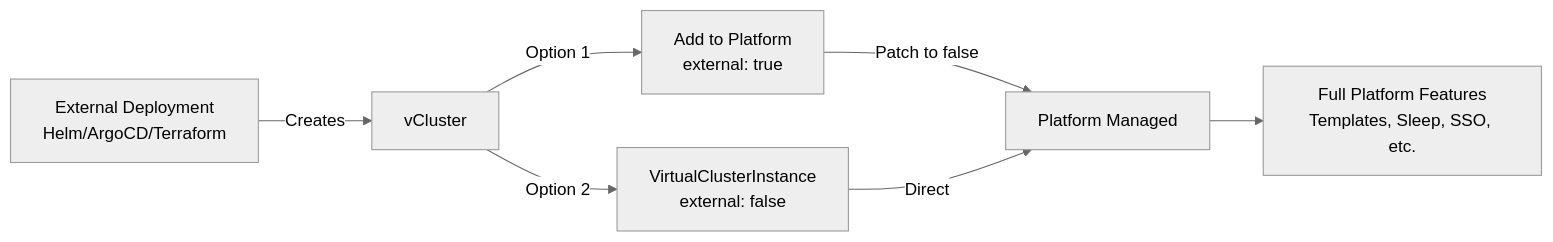
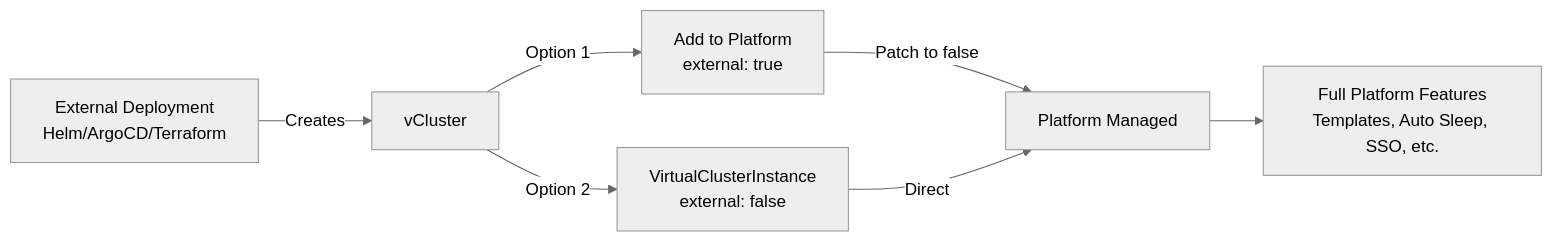
Before and after one commit to loft-sh/vcluster-docs: the diagram in platform/use-platform/virtual-clusters/add-virtual-clusters.mdx, drawn with Mermaid (neutral theme). The commit also changed other lines of this file and 139 other files, not shown here.

````diff
--- a/platform/use-platform/virtual-clusters/add-virtual-clusters.mdx
+++ b/platform/use-platform/virtual-clusters/add-virtual-clusters.mdx
@@ -33,10 +33,10 @@
 ```mermaid
 graph LR
     A[External Deployment<br/>Helm/ArgoCD/Terraform] -->|Creates| B[vCluster]
     B -->|Option 1| C[Add to Platform<br/>external: true]
     B -->|Option 2| D[VirtualClusterInstance<br/>external: false]
     C -->|Patch to false| E[Platform Managed]
     D -->|Direct| E
-    E --> F[Full Platform Features<br/>Templates, Sleep, SSO, etc.]
+    E --> F[Full Platform Features<br/>Templates, Auto Sleep, SSO, etc.]
 
 ```
````
